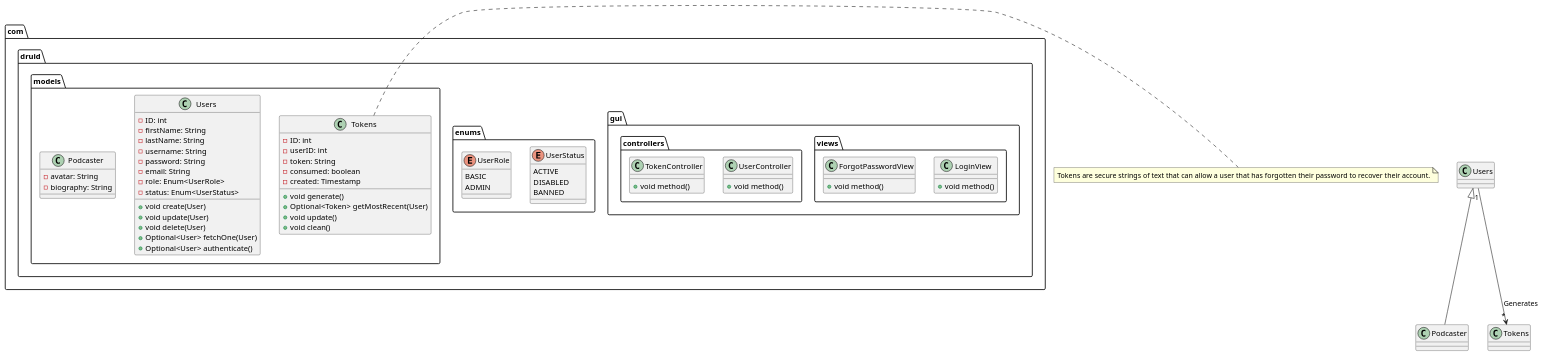
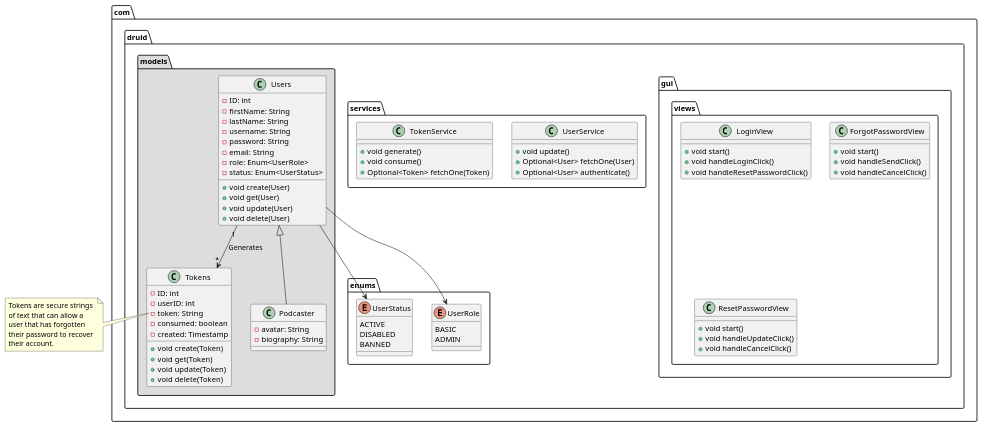
The diagram in uml/user-class-diagram.puml (Druid-ESPRIT/magnum-docs), drawn with PlantUML before and after one commit. The commit also changed 2 other files, not shown here.

```diff
--- a/uml/user-class-diagram.puml
+++ b/uml/user-class-diagram.puml
@@ -1,76 +1,99 @@
 @startuml
-
-Users <|-- Podcaster
-Users "1" --> "*" Tokens: Generates
 
 package com.druid.gui.views {
    class LoginView {
-      + void method()
+      + void start()
+      + void handleLoginClick()
+      + void handleResetPasswordClick()
    }
+
    class ForgotPasswordView {
-      + void method()
+      + void start()
+      + void handleSendClick()
+      + void handleCancelClick()
+   }
+
+   class ResetPasswordView {
+      + void start()
+      + void handleUpdateClick()
+      + void handleCancelClick()
    }
 }
 
-package com.druid.gui.controllers {
-   class UserController {
-      + void method()
+package com.druid.services {
+   class UserService {
+      + void update()
+      + Optional<User> fetchOne(User)
+      + Optional<User> authenticate()
    }
-   class TokenController {
-      + void method()
+
+   class TokenService {
+      + void generate()
+      + void consume()
+      + Optional<Token> fetchOne(Token)
    }
 }
 
 package com.druid.enums {
    enum UserStatus {
       ACTIVE 
       DISABLED
       BANNED
    }
 
    enum UserRole {
       BASIC
       ADMIN 
    }
 }
 
-package com.druid.models {
+package com.druid.models #DDDDDD {
+
+Users <|-- Podcaster
+Users "1" --> "*" Tokens: Generates
+
    class Users {
       - ID: int 
       - firstName: String 
       - lastName: String 
       - username: String 
       - password: String 
       - email: String 
       - role: Enum<UserRole> 
       - status: Enum<UserStatus>
       + void create(User)
+      + void get(User)
       + void update(User)
       + void delete(User)
-      + Optional<User> fetchOne(User)
-      + Optional<User> authenticate()
    }
 
    class Podcaster {
       - avatar: String 
       - biography: String 
    }
 
    class Tokens {
       - ID: int 
       - userID: int 
       - token: String 
       - consumed: boolean 
       - created: Timestamp 
-      + void generate()
-      + Optional<Token> getMostRecent(User)
-      + void update()
-      + void clean()
+      + void create(Token)
+      + void get(Token)
+      + void update(Token)
+      + void delete(Token)
    }
 }
 
-note right
-   Tokens are secure strings of text that can allow a user that has forgotten their password to recover their account.
+note left of Tokens::token
+   Tokens are secure strings 
+   of text that can allow a 
+   user that has forgotten 
+   their password to recover 
+   their account.
 end note
 
+Users --> UserStatus
+Users --> UserRole
+
 @enduml
```
